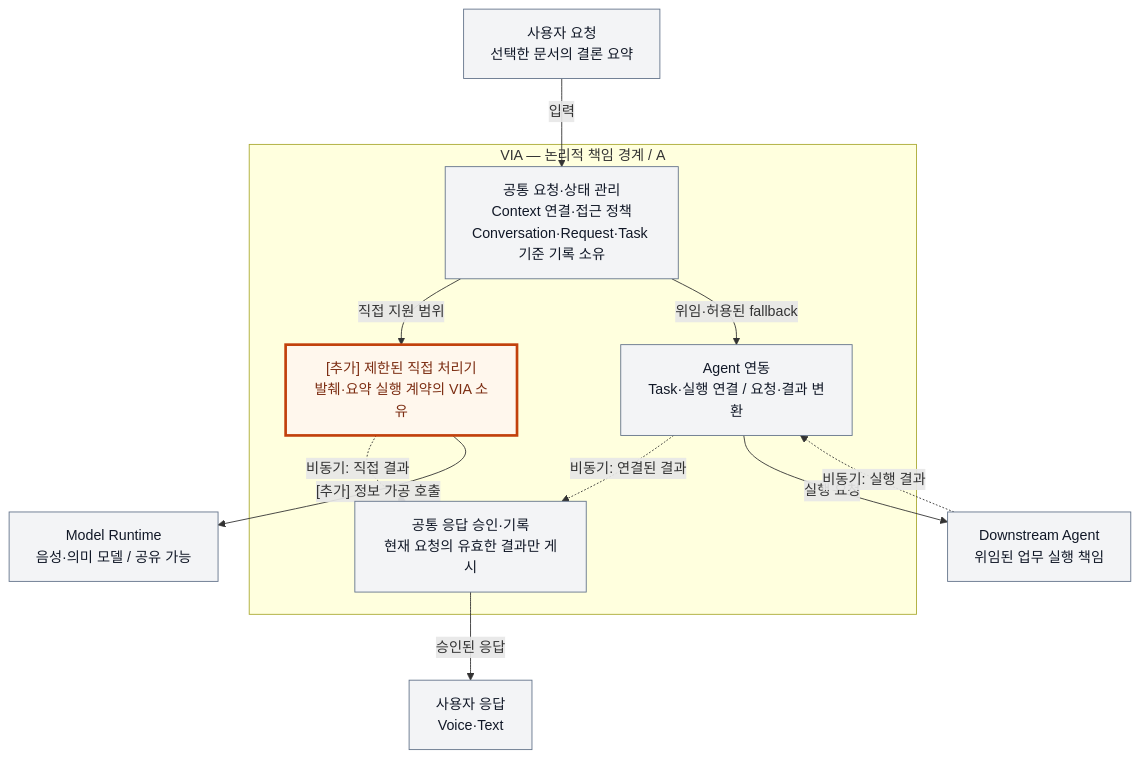
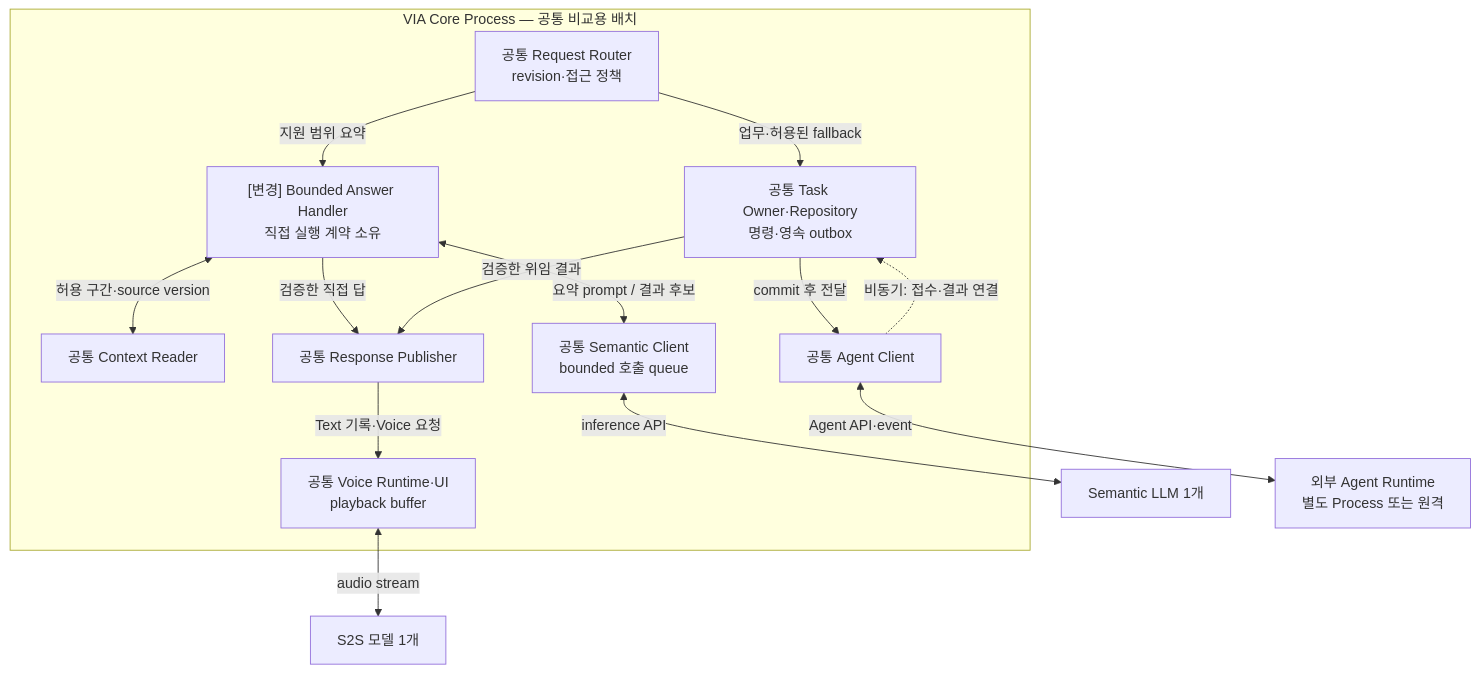
The second of 3 diagrams in docs/architecture/12-decisions/via-dp-01-direct-handling.md (cbyche/via-sw-architecture), drawn with Mermaid before and after one commit. The commit also changed other lines of this file and 59 other files, not shown here.

Commit message:
docs: consolidate comprehensive VIA decision inventory and implementation diagrams

````diff
--- a/docs/architecture/12-decisions/via-dp-01-direct-handling.md
+++ b/docs/architecture/12-decisions/via-dp-01-direct-handling.md
@@ -97,26 +105,17 @@
 ```mermaid
 flowchart TB
-    U["사용자 요청<br/>선택한 문서의 결론 요약"]
-    subgraph VIA["VIA — 논리적 책임 경계 / A"]
-        C["공통 요청·상태 관리<br/>Context 연결·접근 정책<br/>Conversation·Request·Task 기준 기록 소유"]
-        D["[추가] 제한된 직접 처리기<br/>발췌·요약 실행 계약의 VIA 소유"]
-        J["Agent 연동<br/>Task·실행 연결 / 요청·결과 변환"]
-        P["공통 응답 승인·기록<br/>현재 요청의 유효한 결과만 게시"]
-        C -->|"직접 지원 범위"| D
-        C -->|"위임·허용된 fallback"| J
-        D -.->|"비동기: 직접 결과"| P
-        J -.->|"비동기: 연결된 결과"| P
-    end
-    G["Downstream Agent<br/>위임된 업무 실행 책임"]
-    M["Model Runtime<br/>음성·의미 모델 / 공유 가능"]
-    O["사용자 응답<br/>Voice·Text"]
-    U -->|"입력"| C
-    P -->|"승인된 응답"| O
-    D -->|"[추가] 정보 가공 호출"| M
-    J -->|"실행 요청"| G
-    G -.->|"비동기: 실행 결과"| J
-    classDef common fill:#F3F4F6,stroke:#64748B,color:#111827;
-    classDef changed fill:#FFF7ED,stroke:#C2410C,stroke-width:3px,color:#7C2D12;
-    class U,C,J,P,G,M,O common;
-    class D changed;
+ subgraph V["VIA Core Process — 공통 비교용 배치"]
+ R["공통 Request Router<br/>revision·접근 정책"] -->|"지원 범위 요약"| D["[변경] Bounded Answer Handler<br/>직접 실행 계약 소유"]
+ D <-->|"허용 구간·source version"| C["공통 Context Reader"]
+ D <-->|"요약 prompt / 결과 후보"| L["공통 Semantic Client<br/>bounded 호출 queue"]
+ R -->|"업무·허용된 fallback"| T["공통 Task Owner·Repository<br/>명령·영속 outbox"]
+ T -->|"commit 후 전달"| X["공통 Agent Client"]
+ X -.->|"비동기: 접수·결과 연결"| T
+ D -->|"검증한 직접 답"| P["공통 Response Publisher"]
+ T -->|"검증한 위임 결과"| P
+ P -->|"Text 기록·Voice 요청"| O["공통 Voice Runtime·UI<br/>playback buffer"]
+ end
+ L <-->|"inference API"| M["Semantic LLM 1개"]
+ O <-->|"audio stream"| S["S2S 모델 1개"]
+ X <-->|"Agent API·event"| G["외부 Agent Runtime<br/>별도 Process 또는 원격"]
 ```
````
